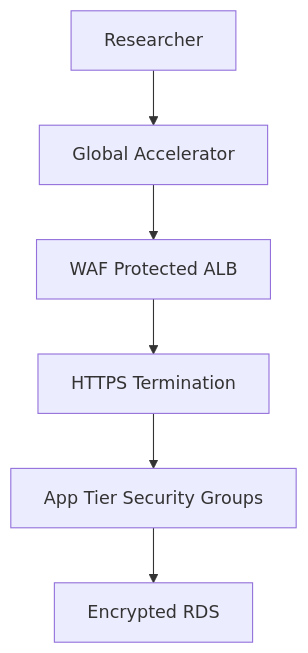
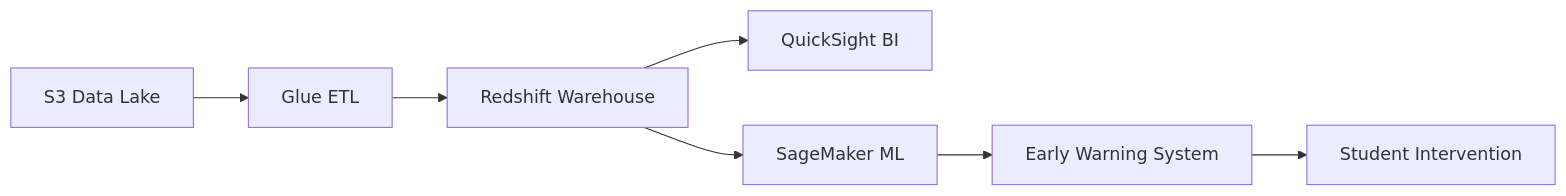
The fifth of 5 diagrams in README.md (sahil9801/AWS-Academic-Research-UCW-MajorProject), drawn with Mermaid before and after one commit. The commit also changed other lines of this file, not shown here.

````diff
--- a/README.md
+++ b/README.md
@@ -71,8 +252,9 @@
 ```mermaid
-graph TD
-A[Researcher] --> B[Global Accelerator]
-B --> C[WAF Protected ALB]
-C --> D[HTTPS Termination]
-D --> E[App Tier Security Groups]
-E --> F[Encrypted RDS]
+graph LR
+    A[S3 Data Lake] --> B[Glue ETL]
+    B --> C[Redshift Warehouse]
+    C --> D[QuickSight BI]
+    C --> E[SageMaker ML]
+    E --> F[Early Warning System]
+    F --> G[Student Intervention]
 ```
````
